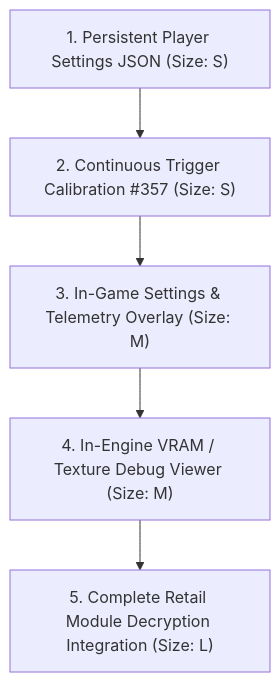
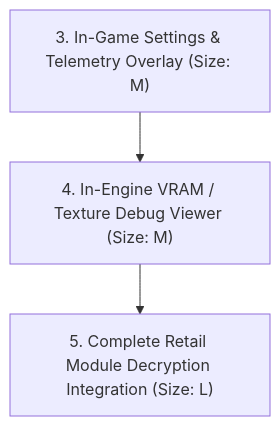
The first of 2 diagrams in docs/WEB_UI_RETIREMENT.md (Jstar269/nakagawa-recomp), drawn with Mermaid before and after one commit. The commit also changed other lines of this file and 2 other files, not shown here.

First line of the commit message:
docs: verified regression checklist; retirement plan reflects landed settings, calibration and F1 overlay

````diff
--- a/docs/WEB_UI_RETIREMENT.md
+++ b/docs/WEB_UI_RETIREMENT.md
@@ -95,7 +95,6 @@
 ```mermaid
 flowchart TD
-    W1["1. Persistent Player Settings JSON (Size: S)"] --> W2["2. Continuous Trigger Calibration #357 (Size: S)"]
-    W2 --> W3["3. In-Game Settings & Telemetry Overlay (Size: M)"]
+    W3["3. In-Game Settings & Telemetry Overlay (Size: M)"]
     W3 --> W4["4. In-Engine VRAM / Texture Debug Viewer (Size: M)"]
     W4 --> W5["5. Complete Retail Module Decryption Integration (Size: L)"]
 ```
````
